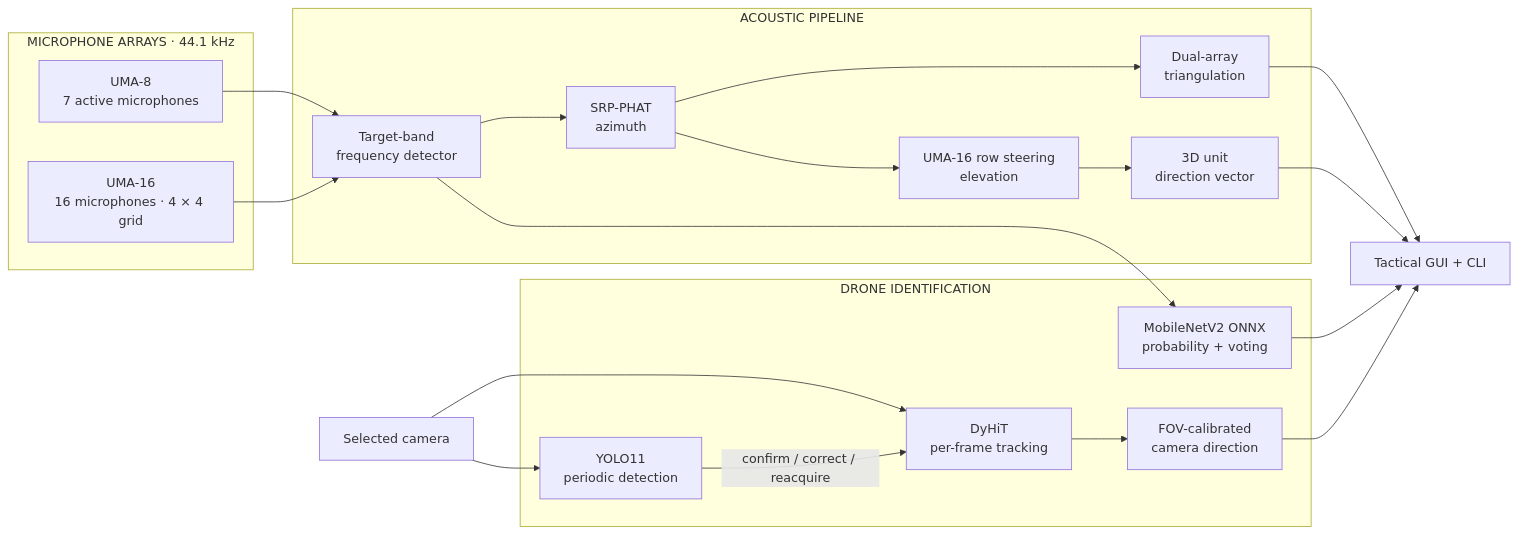
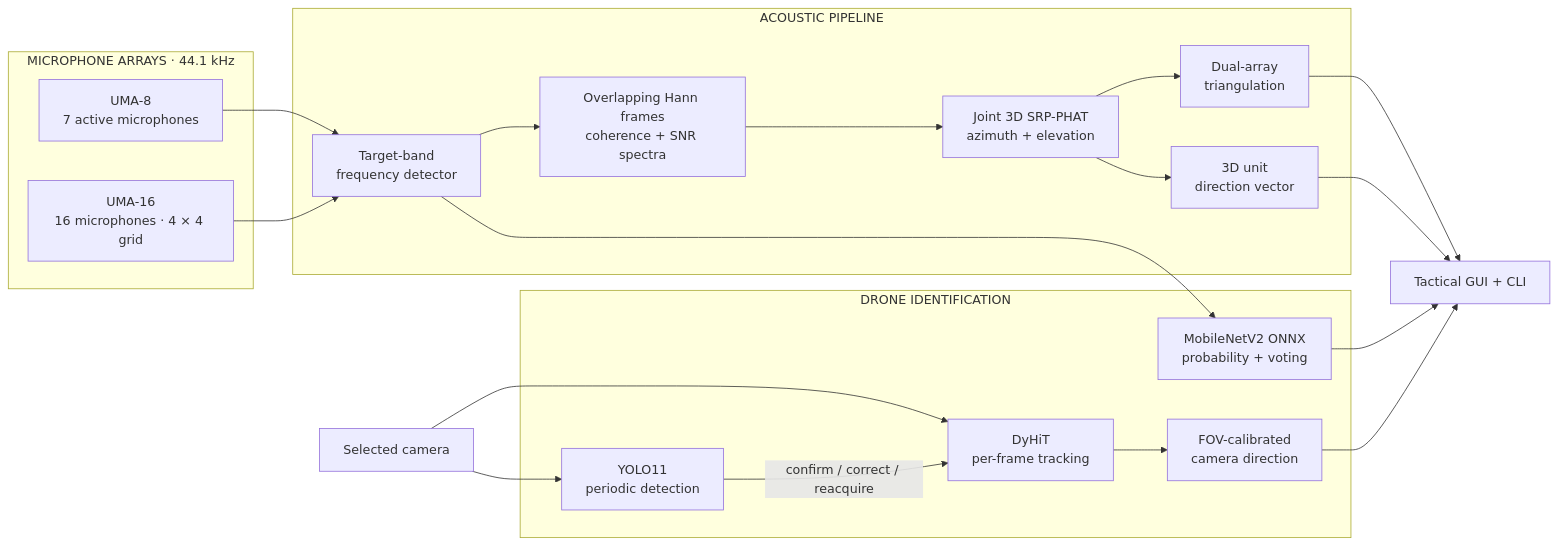
One commit to Dhiaelhak-Rached/Frequency_Based_Detection changed the diagram in README.md. Above: the diagram before and after it, drawn with Mermaid. The commit also changed other lines of this file and 2 other files, not shown here.

Commit message:
docs: document DOA replay and joint 3D estimation

````diff
--- a/README.md
+++ b/README.md
@@ -33,37 +33,37 @@
 ```mermaid
 flowchart LR
     subgraph Audio["MICROPHONE ARRAYS · 44.1 kHz"]
         U8["UMA-8<br/>7 active microphones"]
         U16["UMA-16<br/>16 microphones · 4 × 4 grid"]
     end
 
     subgraph Acoustics["ACOUSTIC PIPELINE"]
         FFT["Target-band<br/>frequency detector"]
-        AZ["SRP-PHAT<br/>azimuth"]
-        EL["UMA-16 row steering<br/>elevation"]
+        FRAMES["Overlapping Hann frames<br/>coherence + SNR spectra"]
+        AZ["Joint 3D SRP-PHAT<br/>azimuth + elevation"]
         TRI["Dual-array<br/>triangulation"]
         VEC["3D unit<br/>direction vector"]
     end
 
     subgraph AI["DRONE IDENTIFICATION"]
         MNV["MobileNetV2 ONNX<br/>probability + voting"]
         YOLO["YOLO11<br/>periodic detection"]
         DYHIT["DyHiT<br/>per-frame tracking"]
         CAM["FOV-calibrated<br/>camera direction"]
     end
 
     U8 --> FFT
     U16 --> FFT
-    FFT --> AZ
-    AZ --> EL --> VEC
+    FFT --> FRAMES --> AZ
+    AZ --> VEC
     AZ --> TRI
     FFT --> MNV
     CAMERA["Selected camera"] --> YOLO
     CAMERA --> DYHIT --> CAM
     YOLO -->|"confirm / correct / reacquire"| DYHIT
 
     TRI --> UI["Tactical GUI + CLI"]
     VEC --> UI
     MNV --> UI
     CAM --> UI
 ```
````
